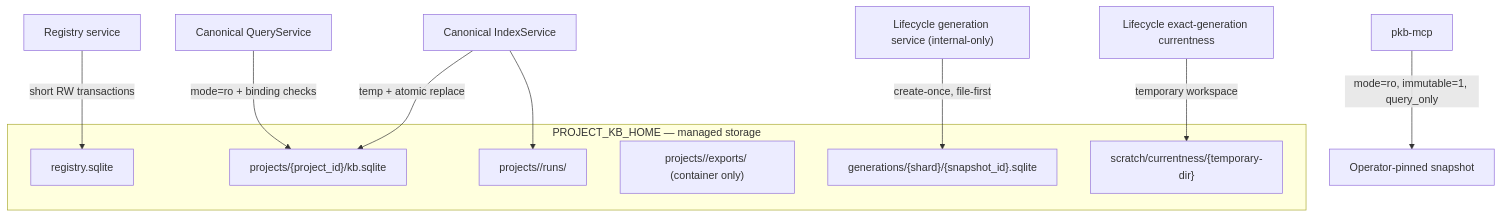
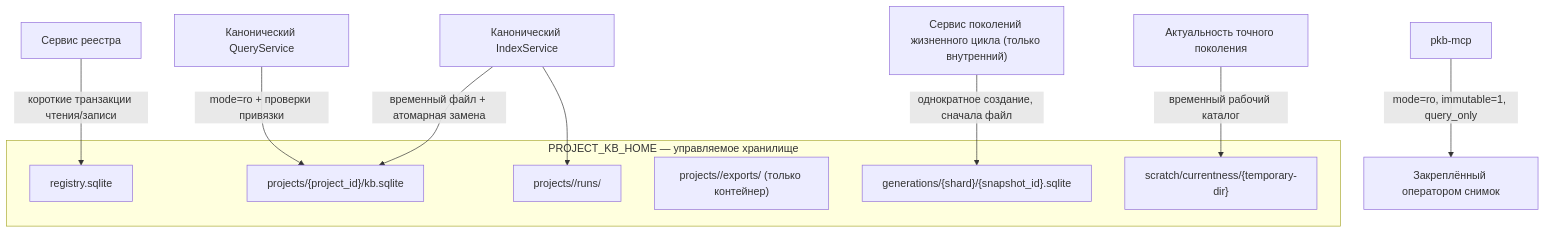
The second of 3 diagrams in docs/ARCHITECTURE.md (Vkuvalin/project-kb), drawn with Mermaid before and after one commit. The commit also changed other lines of this file and 6 other files, not shown here.

````diff
--- a/docs/ARCHITECTURE.md
+++ b/docs/ARCHITECTURE.md
@@ -164,19 +164,19 @@
 ```mermaid
 flowchart TB
-    subgraph Home["PROJECT_KB_HOME — managed storage"]
+    subgraph Home["PROJECT_KB_HOME — управляемое хранилище"]
         RegistryFile["registry.sqlite"]
         Canonical["projects/{project_id}/kb.sqlite"]
         Runs["projects/<project_id>/runs/"]
-        Exports["projects/<project_id>/exports/ (container only)"]
+        Exports["projects/<project_id>/exports/ (только контейнер)"]
         Generations["generations/{shard}/{snapshot_id}.sqlite"]
         Scratch["scratch/currentness/{temporary-dir}"]
     end
 
-    RegistryService["Registry service"] -->|"short RW transactions"| RegistryFile
-    IndexService["Canonical IndexService"] -->|"temp + atomic replace"| Canonical
+    RegistryService["Сервис реестра"] -->|"короткие транзакции чтения/записи"| RegistryFile
+    IndexService["Канонический IndexService"] -->|"временный файл + атомарная замена"| Canonical
     IndexService --> Runs
-    QueryService["Canonical QueryService"] -->|"mode=ro + binding checks"| Canonical
-    LifecycleService["Lifecycle generation service (internal-only)"] -->|"create-once, file-first"| Generations
-    Currentness["Lifecycle exact-generation currentness"] -->|"temporary workspace"| Scratch
-    MCPServer["pkb-mcp"] -->|"mode=ro, immutable=1, query_only"| PinnedArtifact["Operator-pinned snapshot"]
+    QueryService["Канонический QueryService"] -->|"mode=ro + проверки привязки"| Canonical
+    LifecycleService["Сервис поколений жизненного цикла (только внутренний)"] -->|"однократное создание, сначала файл"| Generations
+    Currentness["Актуальность точного поколения"] -->|"временный рабочий каталог"| Scratch
+    MCPServer["pkb-mcp"] -->|"mode=ro, immutable=1, query_only"| PinnedArtifact["Закреплённый оператором снимок"]
 ```
````
